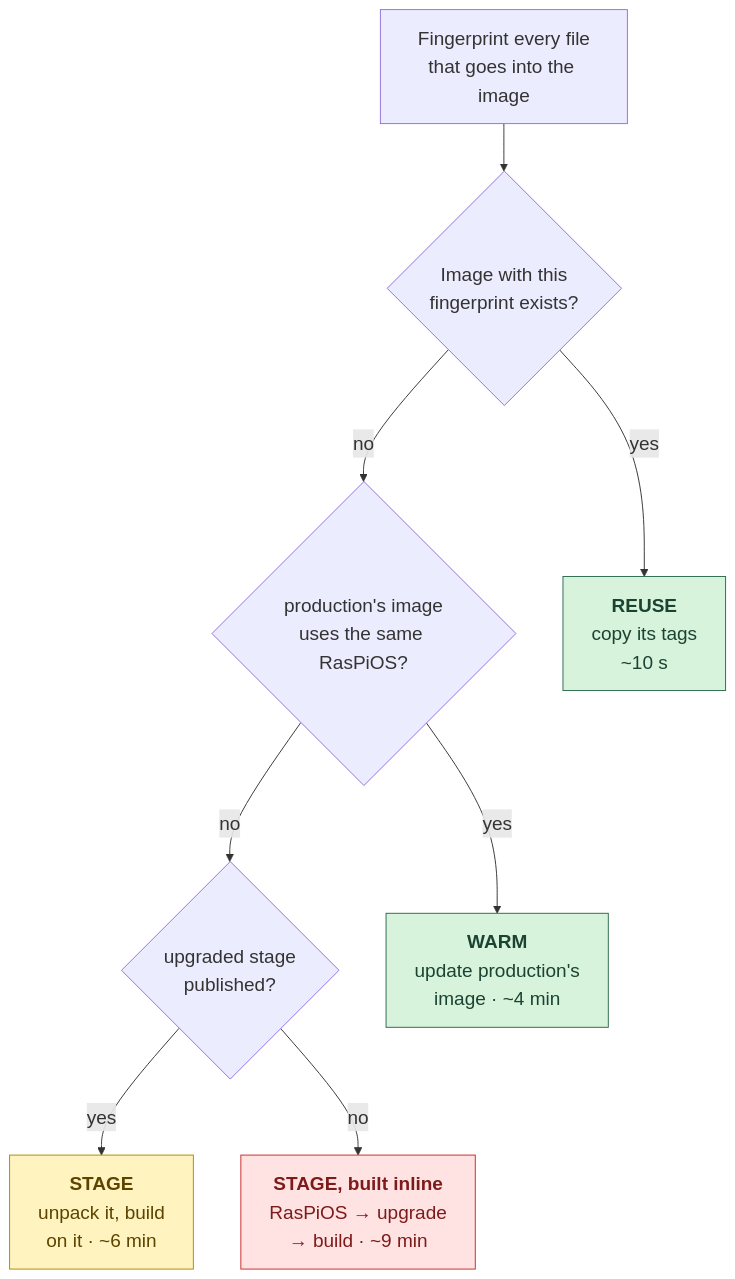
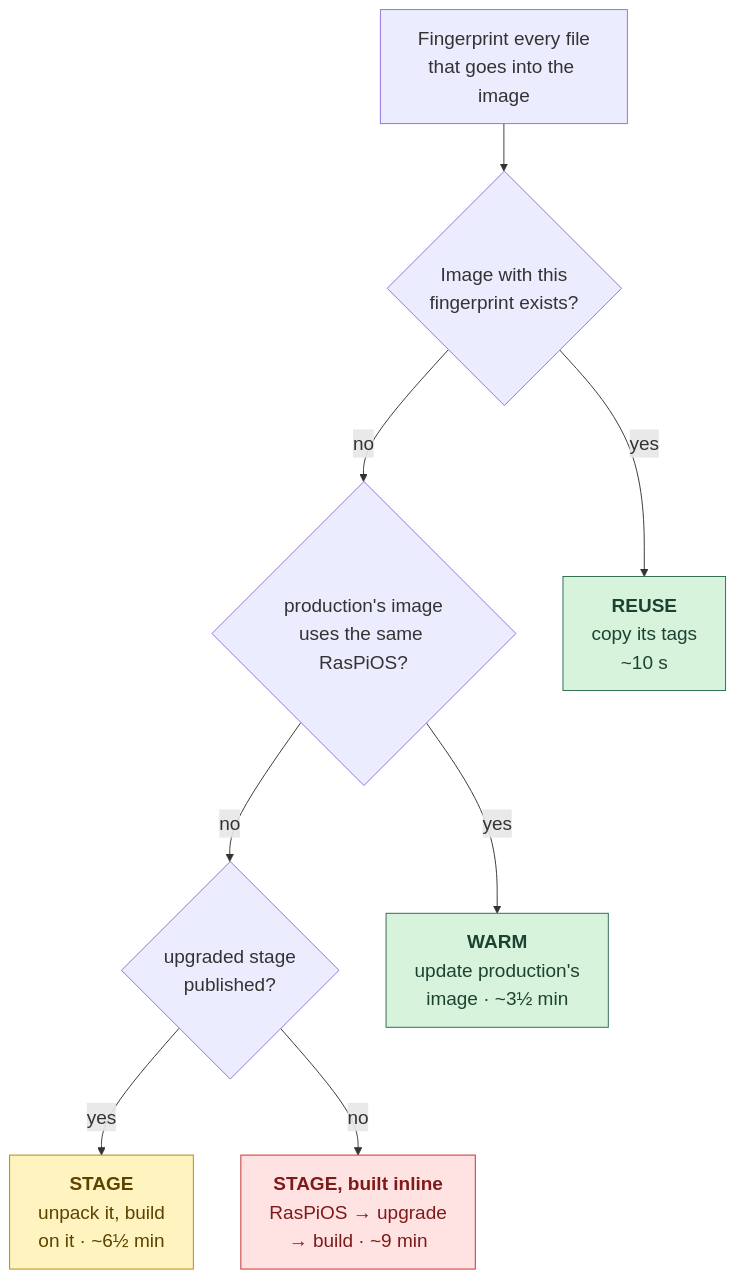
The second of 3 diagrams in docs/ci.md (fpgas-online/fpgas.online-infra), drawn with Mermaid before and after one commit. The commit also changed other lines of this file, not shown here.

````diff
--- a/docs/ci.md
+++ b/docs/ci.md
@@ -107,25 +109,25 @@
 ```mermaid
 %%{init: {"themeVariables": {"fontSize": "20px"}}}%%
 flowchart TB
     key["Fingerprint every file<br/>that goes into the image"]
     q1{"Image with this<br/>fingerprint exists?"}
     q2{"production's image<br/>uses the same RasPiOS?"}
     q3{"upgraded stage<br/>published?"}
     reuse["<b>REUSE</b><br/>copy its tags<br/>~10 s"]
-    warm["<b>WARM</b><br/>update production's<br/>image · ~4 min"]
-    unpacked["<b>STAGE</b><br/>unpack it, build<br/>on it · ~6 min"]
+    warm["<b>WARM</b><br/>update production's<br/>image · ~3½ min"]
+    unpacked["<b>STAGE</b><br/>unpack it, build<br/>on it · ~6½ min"]
     inline["<b>STAGE, built inline</b><br/>RasPiOS → upgrade<br/>→ build · ~9 min"]
     key --> q1
     q1 -- yes --> reuse
     q1 -- no --> q2
     q2 -- yes --> warm
     q2 -- no --> q3
     q3 -- yes --> unpacked
     q3 -- no --> inline
     classDef fast fill:#d8f3dc,stroke:#2d6a4f,color:#1b4332
     classDef mid fill:#fff3bf,stroke:#b08900,color:#5c4400
     classDef slow fill:#ffe3e3,stroke:#c92a2a,color:#7d1a1a
     class reuse,warm fast
     class unpacked mid
     class inline slow
 ```
````
